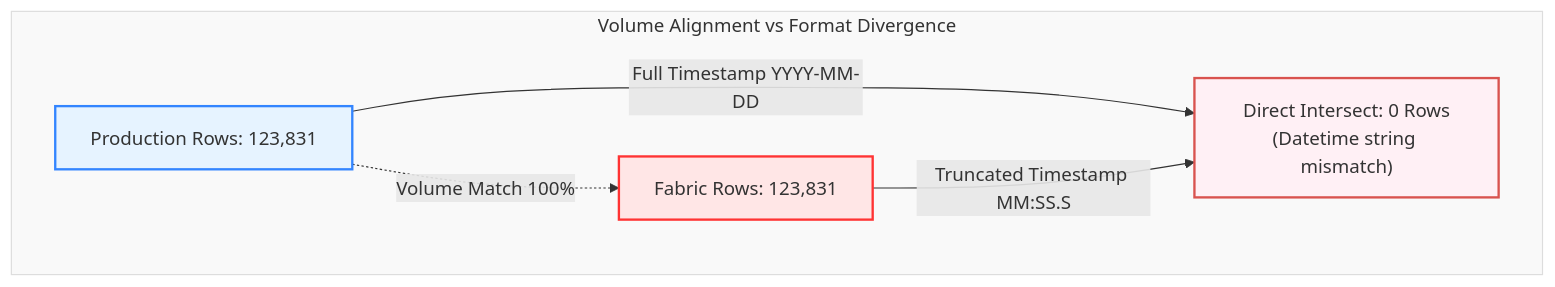
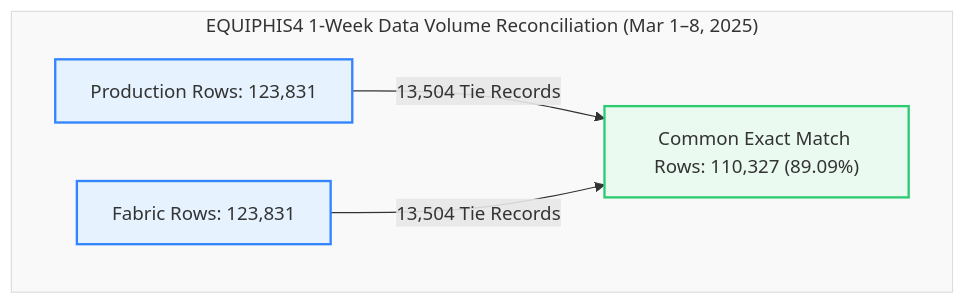
One commit to NeelmaniR-Useready/PolarDocs changed the diagram in Phase1_NewView(EQUIHIS4)/Validation/Data_Validation1march1week.md. Above: the diagram before and after it, drawn with Mermaid. The commit also changed other lines of this file and 1 other file, not shown here.

Commit message:
docs(validation): update 1-week validation metrics and executive report with latest benchmark rerun

````diff
--- a/Phase1_NewView(EQUIHIS4)/Validation/Data_Validation1march1week.md
+++ b/Phase1_NewView(EQUIHIS4)/Validation/Data_Validation1march1week.md
@@ -40,17 +42,17 @@
 ```mermaid
 graph TD
     classDef prodStyle fill:#e6f3ff,stroke:#3385ff,stroke-width:2px;
-    classDef fabricStyle fill:#ffe6e6,stroke:#ff3333,stroke-width:2px;
-    classDef alertStyle fill:#fff0f5,stroke:#d9534f,stroke-width:2px;
+    classDef fabricStyle fill:#e6f3ff,stroke:#3385ff,stroke-width:2px;
+    classDef commonStyle fill:#eafaf1,stroke:#2ecc71,stroke-width:2px;
 
-    subgraph VolumeComp ["Volume Alignment vs Format Divergence"]
+    subgraph Comparison ["EQUIPHIS4 1-Week Data Volume Reconciliation (Mar 1–8, 2025)"]
         P["Production Rows: 123,831"]:::prodStyle
         F["Fabric Rows: 123,831"]:::fabricStyle
+        C["Common Exact Match Rows: 110,327 (89.09%)"]:::commonStyle
         
-        P -.->|Volume Match 100%| F
-        P -->|Full Timestamp YYYY-MM-DD| A["Direct Intersect: 0 Rows<br/>(Datetime string mismatch)"]:::alertStyle
-        F -->|Truncated Timestamp MM:SS.S| A
+        P -->|13,504 Tie Records| C
+        F -->|13,504 Tie Records| C
     end
 
-    style VolumeComp fill:#f9f9f9,stroke:#ddd,stroke-width:1px;
+    style Comparison fill:#f9f9f9,stroke:#ddd,stroke-width:1px;
 ```
````
